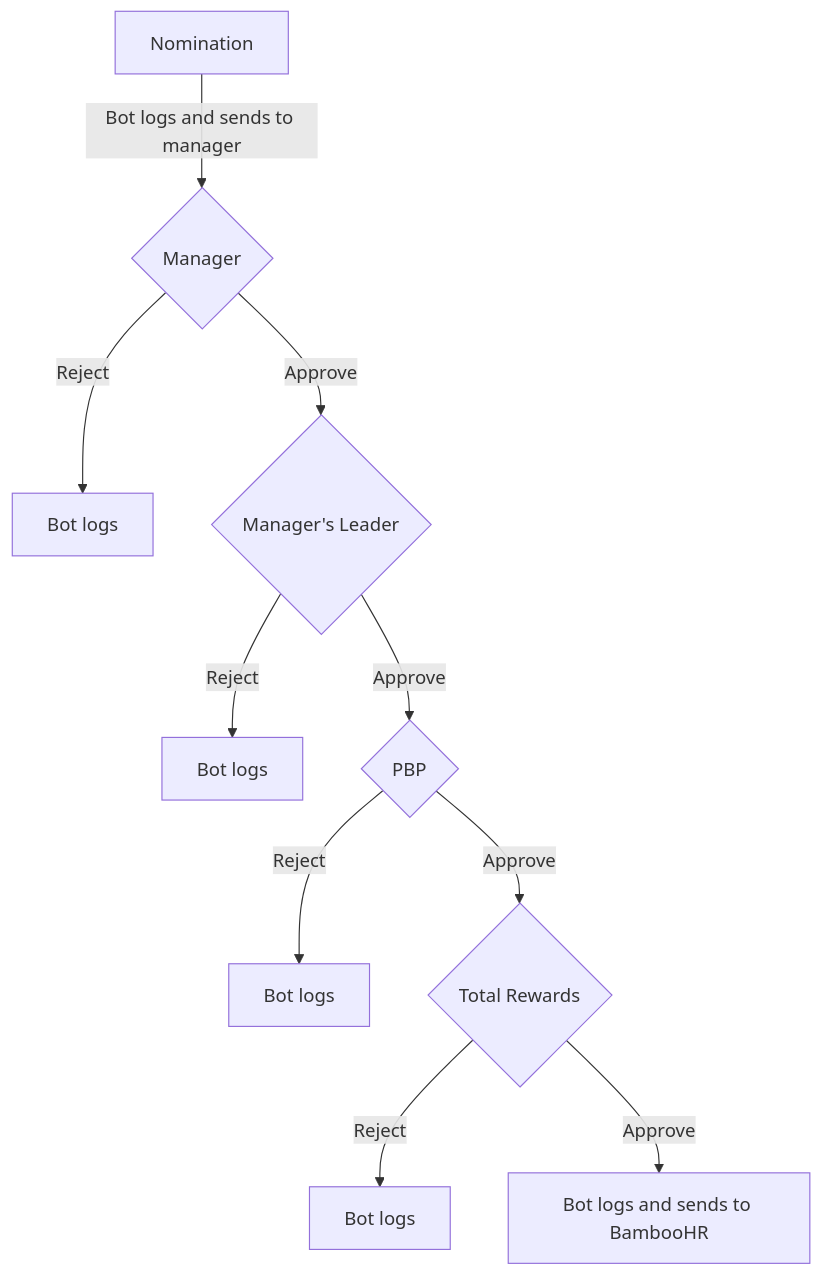
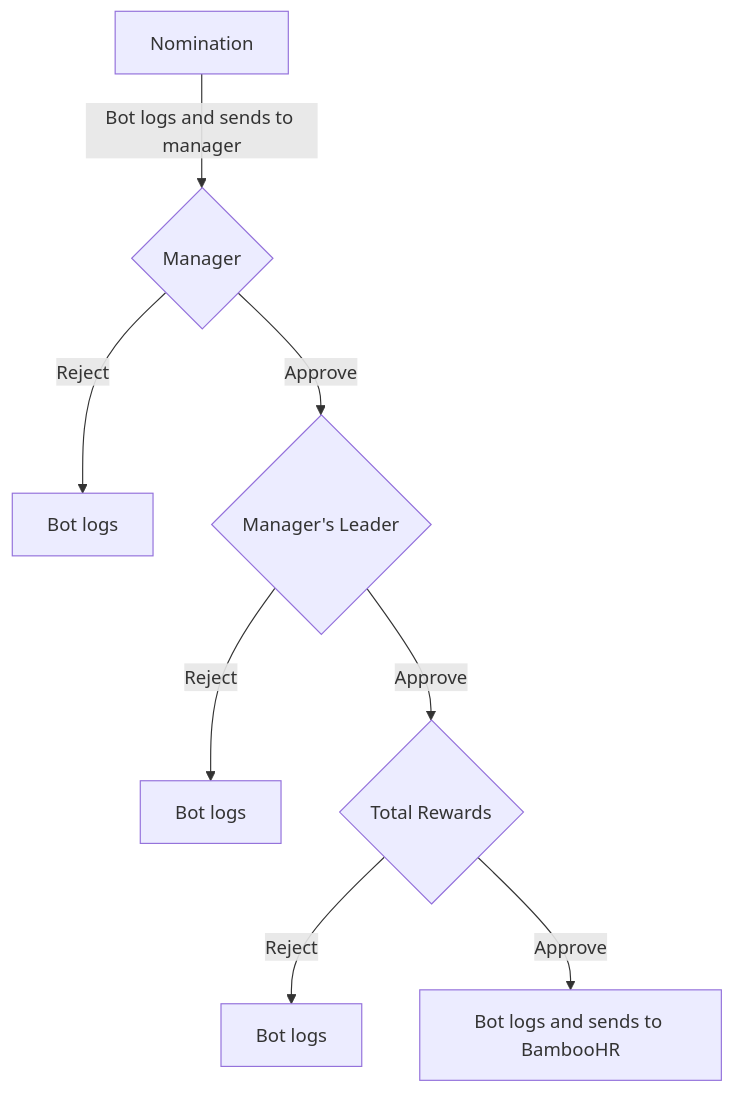
Before and after one commit to secretstartups/handbook: the diagram in incentives/index.html.md, drawn with Mermaid. The commit also changed other lines of this file, not shown here.

Commit message:
Updating Discretionary bonus approval flow

````diff
--- a/incentives/index.html.md
+++ b/incentives/index.html.md
@@ -143,16 +141,13 @@
 ```mermaid
 graph TD;
   A[Nomination] -->|Bot logs and sends to manager| C;
   C{Manager}
   C -->|Reject| D[Bot logs];
   C -->|Approve| F;
   F{Manager's Leader}
   F -->|Reject| H[Bot logs];
-  F -->|Approve| I;
-  I{PBP}
-  I --> |Reject| J[Bot logs];
-  I -->|Approve| L;
+  F -->|Approve| L;
   L{Total Rewards}
   L -->|Reject| M[Bot logs];
   L -->|Approve| N[Bot logs and sends to BambooHR];
 ```
````
